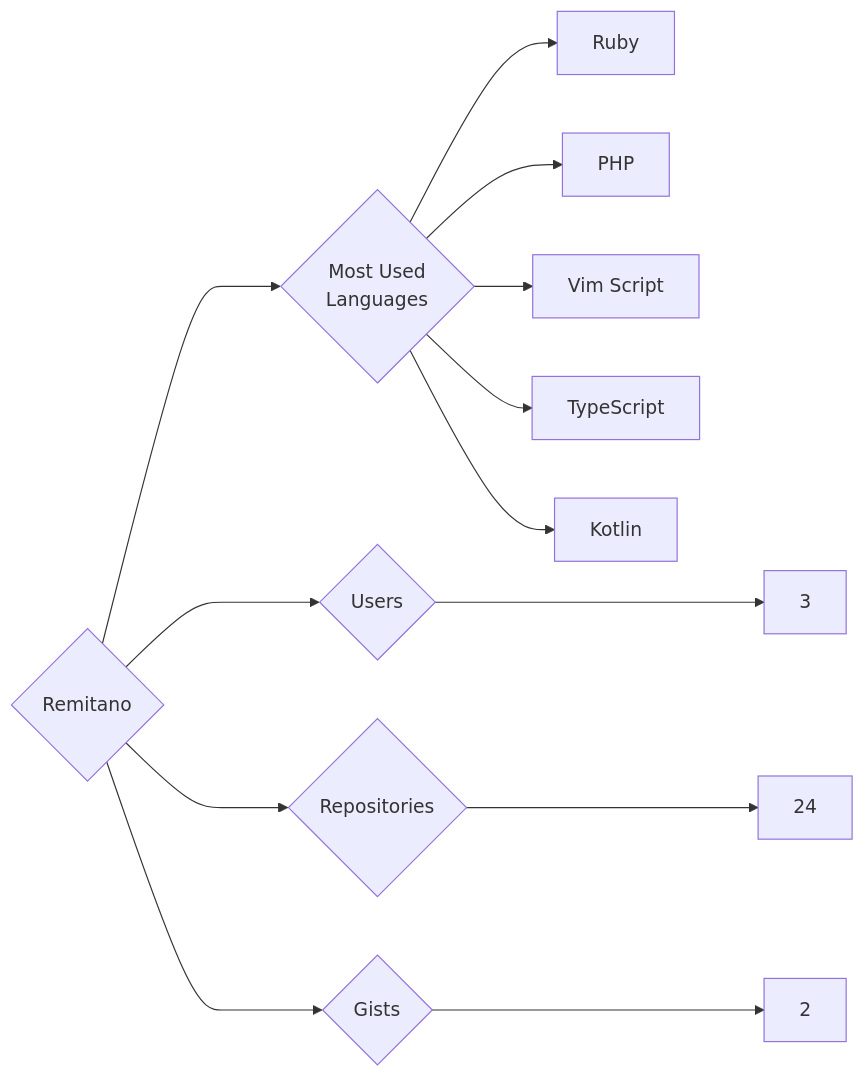
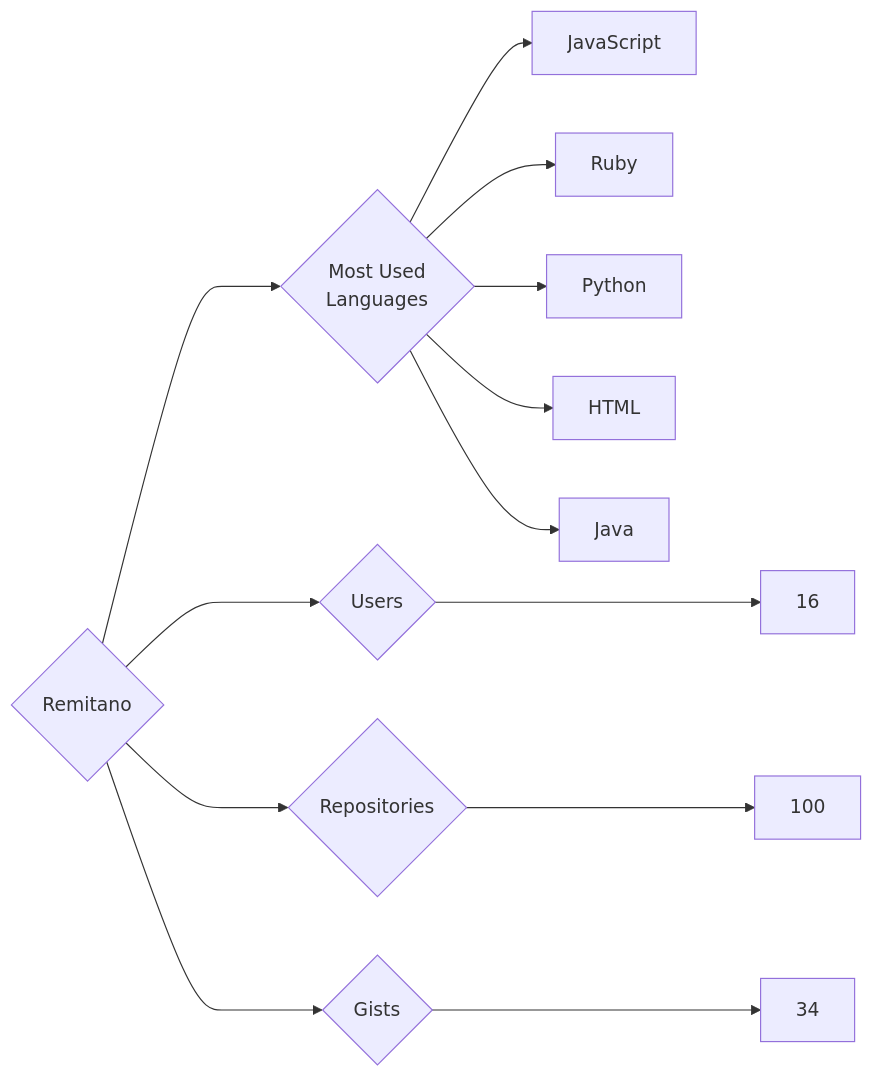
The diagram in targets/Remitano/README.md (trickest/insiders), drawn with Mermaid before and after one commit. The commit also changed 748 other files, not shown here.

````diff
--- a/targets/Remitano/README.md
+++ b/targets/Remitano/README.md
@@ -3,13 +3,13 @@
 ```mermaid
 graph LR
 COMPANY_NAME{Remitano}
-COMPANY_NAME ---> U{Users} ---> UN[3]
-COMPANY_NAME ---> R{Repositories} ---> RN[24]
-COMPANY_NAME ---> G{Gists} ---> GN[2]
+COMPANY_NAME ---> U{Users} ---> UN[16]
+COMPANY_NAME ---> R{Repositories} ---> RN[100]
+COMPANY_NAME ---> G{Gists} ---> GN[34]
 COMPANY_NAME ---> ML{Most Used<br>Languages}
+ML --> JavaScript[JavaScript]
 ML --> Ruby[Ruby]
-ML --> PHP[PHP]
-ML --> Vim_Script[Vim Script]
-ML --> TypeScript[TypeScript]
-ML --> Kotlin[Kotlin]
+ML --> Python[Python]
+ML --> HTML[HTML]
+ML --> Java[Java]
 ```
````
